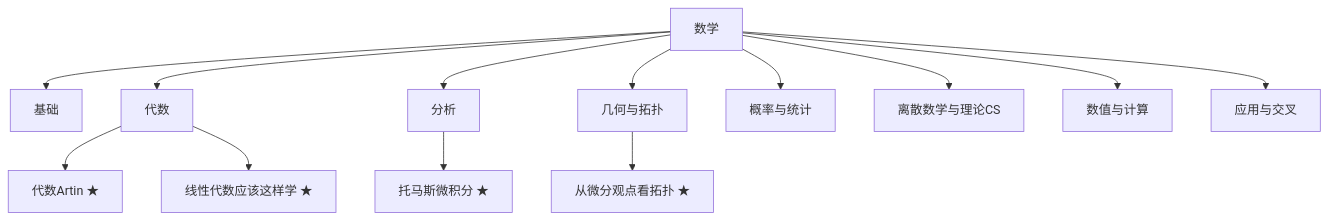
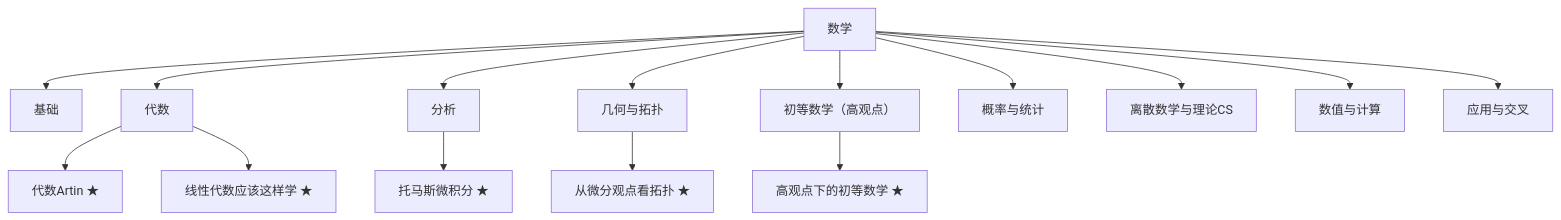
Before and after one commit to lyp0746/lyp-notes: the diagram in 数学大地图.md, drawn with Mermaid. The commit also changed other lines of this file and 83 other files, not shown here.

Commit message:
收录《高观点下的初等数学》（克莱因三卷）：raw 清洗去重并按章拆分（32 章/186 轮，零损失）；编译 29 概念 + 2 实体 + 导读 + 4 跨书桥接；生成 4 产出（含 1167 条复习卡）；更新全部索引与数学大地图/Canvas

````diff
--- a/数学大地图.md
+++ b/数学大地图.md
@@ -30,16 +30,18 @@
 ```mermaid
 graph TD
   M[数学]
   M --> base[基础]
   M --> alg[代数]
   alg --> AT[代数Artin ★]
   alg --> LA[线性代数应该这样学 ★]
   M --> ana[分析]
   ana --> CA[托马斯微积分 ★]
   M --> geo[几何与拓扑]
   geo --> DT[从微分观点看拓扑 ★]
+  M --> elem[初等数学（高观点）]
+  elem --> KG[高观点下的初等数学 ★]
   M --> prob[概率与统计]
   M --> disc[离散数学与理论CS]
   M --> num[数值与计算]
   M --> app[应用与交叉]
 ```
````
